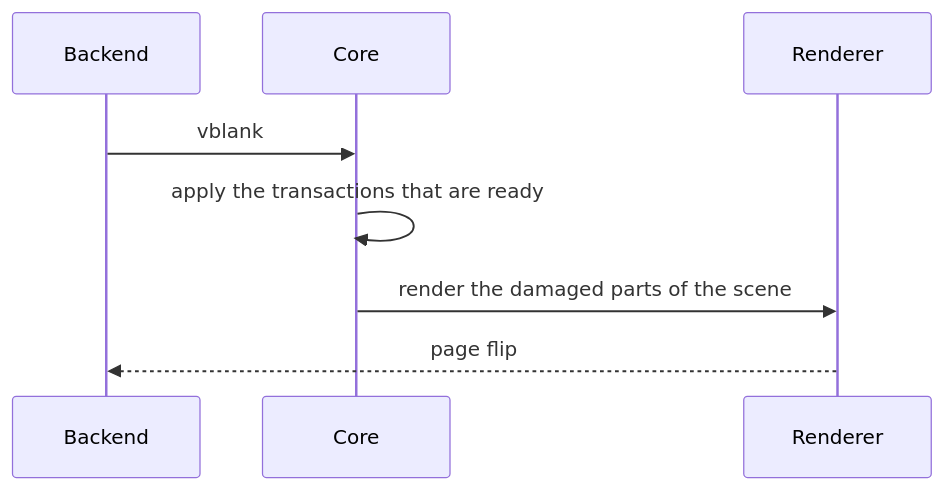
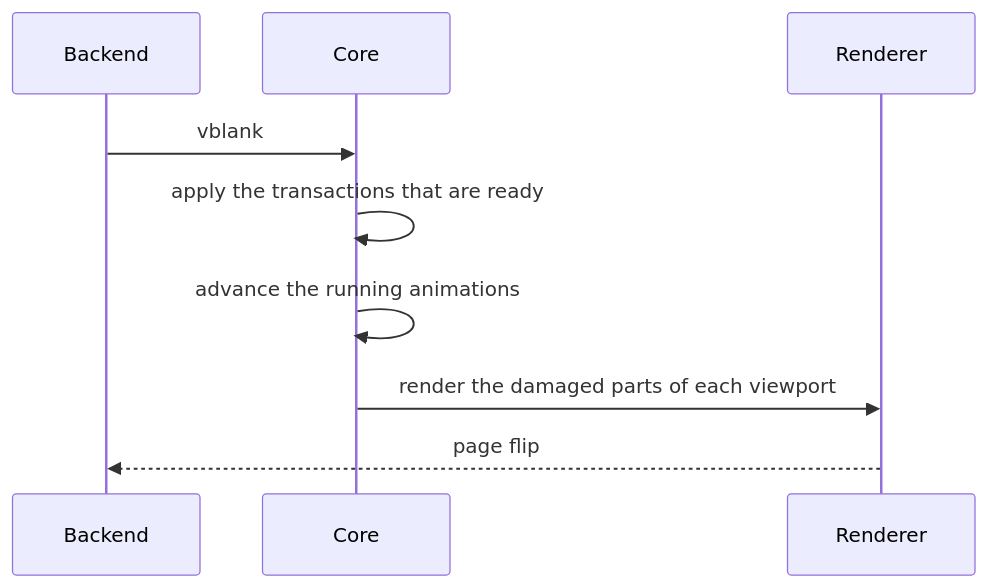
One commit to MArpogaus/chora changed the second of 2 diagrams in docs/architecture.md. Above: the diagram before and after it, drawn with Mermaid. The commit also changed other lines of this file and 11 other files, not shown here.

````diff
--- a/docs/architecture.md
+++ b/docs/architecture.md
@@ -100,10 +115,11 @@
 ```mermaid
 sequenceDiagram
     participant B as Backend
     participant C as Core
     participant R as Renderer
     B->>C: vblank
     C->>C: apply the transactions that are ready
-    C->>R: render the damaged parts of the scene
+    C->>C: advance the running animations
+    C->>R: render the damaged parts of each viewport
     R-->>B: page flip
 ```
````
